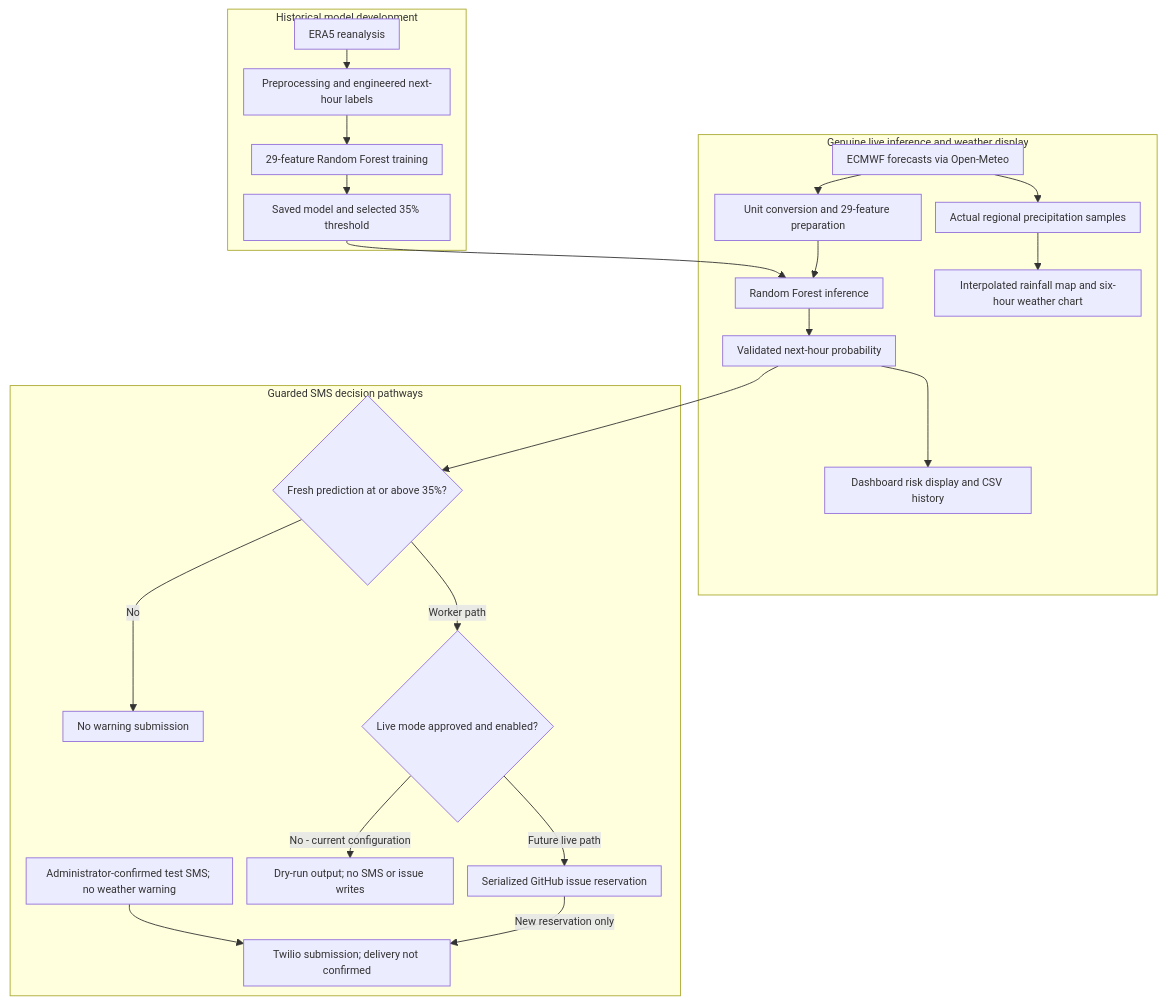
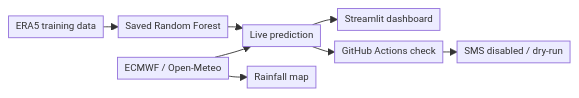
One commit to mdvar2/matatiele-storm-early-warning-system changed the diagram in README.md. Above: the diagram before and after it, drawn with Mermaid. The commit also changed other lines of this file, not shown here.

Commit message:
Compact architecture and restore technology badges

````diff
--- a/README.md
+++ b/README.md
@@ -26,29 +32,11 @@
 ```mermaid
-%%{init: {"themeVariables": {"fontSize": "12px"}, "flowchart": {"nodeSpacing": 16, "rankSpacing": 22, "padding": 8, "diagramPadding": 8, "useMaxWidth": true}}}%%
-flowchart TB
-    subgraph Training["Historical model development"]
-        ERA5["ERA5 reanalysis"] --> PREP["Preprocessing and engineered next-hour labels"]
-        PREP --> TRAIN["29-feature Random Forest training"]
-        TRAIN --> MODEL["Saved model and selected 35% threshold"]
-    end
-
-    subgraph Inference["Genuine live inference and weather display"]
-        ECMWF["ECMWF forecasts via Open-Meteo"] --> INPUT["Unit conversion and 29-feature preparation"]
-        MODEL --> RF["Random Forest inference"]
-        INPUT --> RF
-        RF --> RESULT["Validated next-hour probability"]
-        RESULT --> DASH["Dashboard risk display and CSV history"]
-        ECMWF --> REGIONAL["Actual regional precipitation samples"]
-        REGIONAL --> MAP["Interpolated rainfall map and six-hour weather chart"]
-    end
-
-    subgraph Notifications["Guarded SMS decision pathways"]
-        RESULT --> WARN{"Fresh prediction at or above 35%?"}
-        WARN -->|No| NONE["No warning submission"]
-        ADMIN["Administrator-confirmed test SMS; no weather warning"] --> TWILIO["Twilio submission; delivery not confirmed"]
-        WARN -->|Worker path| MODE{"Live mode approved and enabled?"}
-        MODE -->|"No - current configuration"| DRY["Dry-run output; no SMS or issue writes"]
-        MODE -->|"Future live path"| LEDGER["Serialized GitHub issue reservation"]
-        LEDGER -->|"New reservation only"| TWILIO
-    end
+%%{init: {"themeVariables": {"fontSize": "11px"}, "flowchart": {"nodeSpacing": 12, "rankSpacing": 16, "padding": 4, "diagramPadding": 4, "useMaxWidth": true}}}%%
+flowchart LR
+    A["ERA5 training data"] --> B["Saved Random Forest"]
+    C["ECMWF / Open-Meteo"] --> D["Live prediction"]
+    B --> D
+    D --> E["Streamlit dashboard"]
+    C --> F["Rainfall map"]
+    D --> G["GitHub Actions check"]
+    G --> H["SMS disabled / dry-run"]
 ```
````
